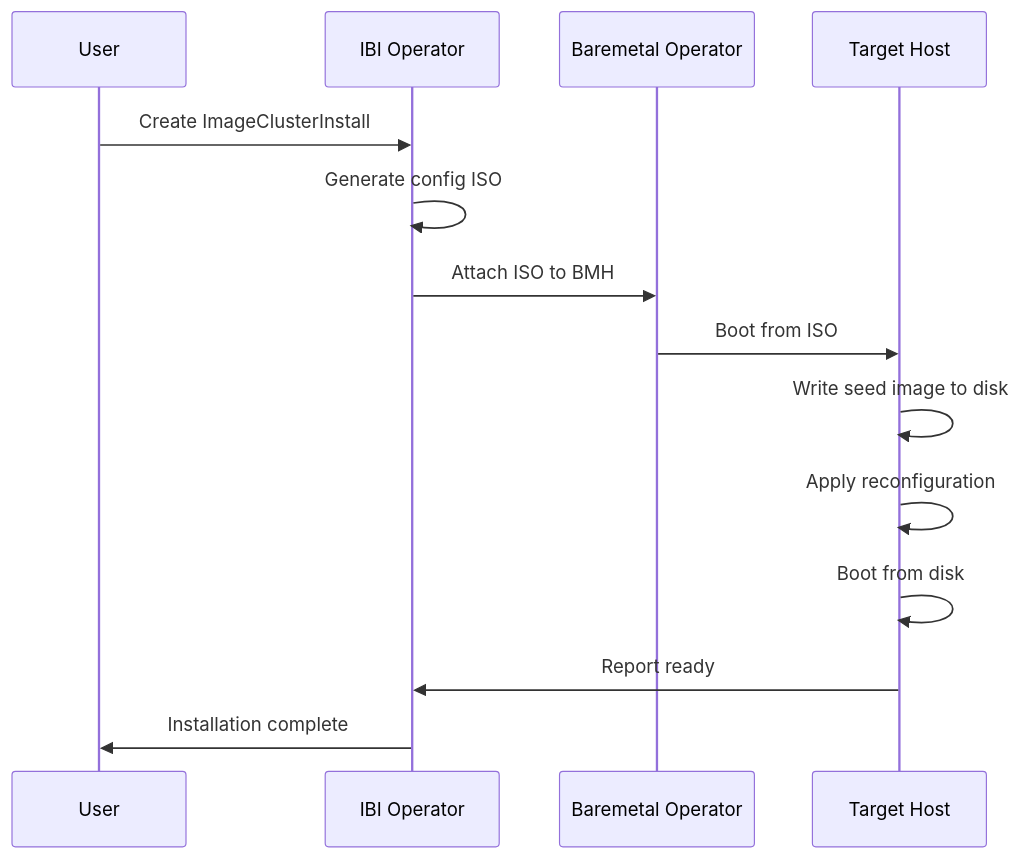
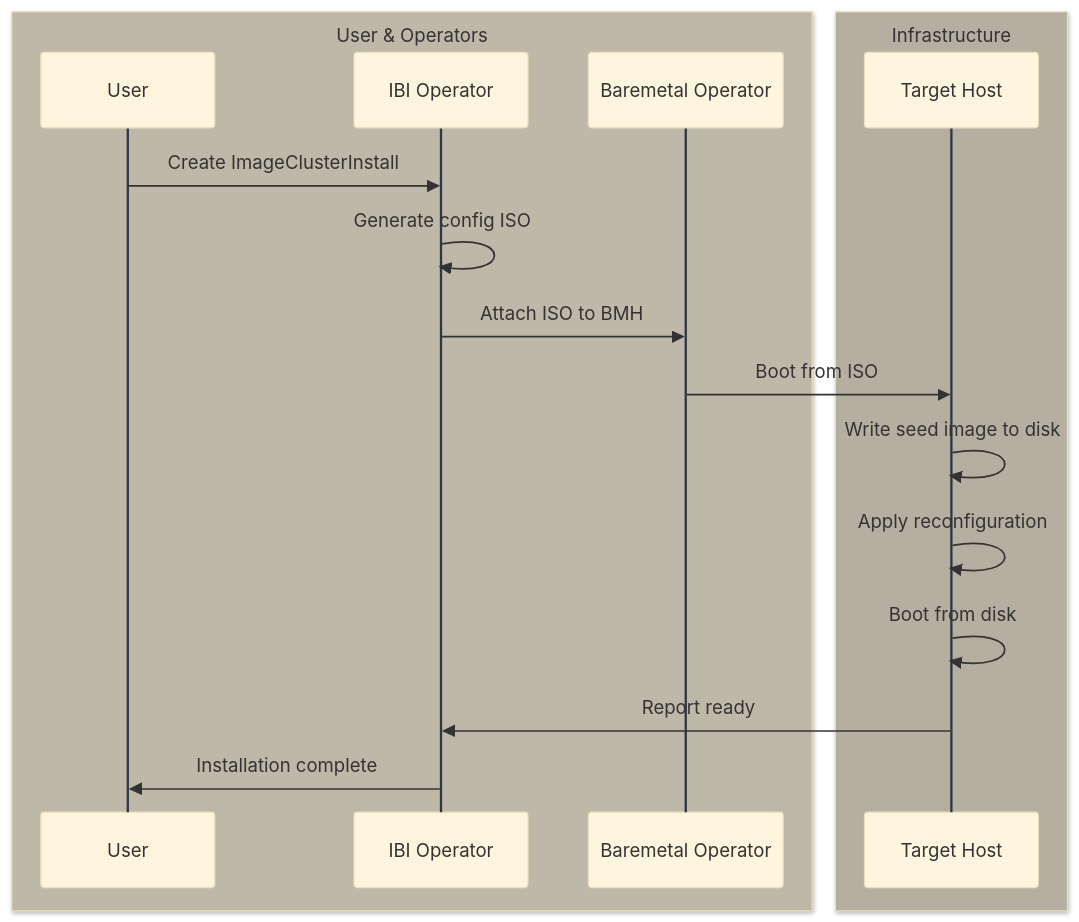
Before and after one commit to zszabo-rh/openshift-install-guide: the third of 3 diagrams in 04-image-based-installation/ibi.md, drawn with Mermaid. The commit also changed other lines of this file and 16 other files, not shown here.

Commit message:
improved diagram style

````diff
--- a/04-image-based-installation/ibi.md
+++ b/04-image-based-installation/ibi.md
@@ -209,17 +237,23 @@
 ```mermaid
+%%{init: {'theme': 'base', 'themeVariables': { 'lineColor': '#2d3748', 'actorLineColor': '#2d3748' }}}%%
 sequenceDiagram
-    participant User
-    participant IBI as IBI Operator
-    participant BMO as Baremetal Operator
-    participant Host as Target Host
+    box rgb(190,184,168) User & Operators
+        participant User
+        participant IBI as IBI Operator
+        participant BMO as Baremetal Operator
+    end
+    
+    box rgb(180,175,160) Infrastructure
+        participant Host as Target Host
+    end
     
     User->>IBI: Create ImageClusterInstall
     IBI->>IBI: Generate config ISO
     IBI->>BMO: Attach ISO to BMH
     BMO->>Host: Boot from ISO
     Host->>Host: Write seed image to disk
     Host->>Host: Apply reconfiguration
     Host->>Host: Boot from disk
     Host->>IBI: Report ready
     IBI->>User: Installation complete
 ```
````
